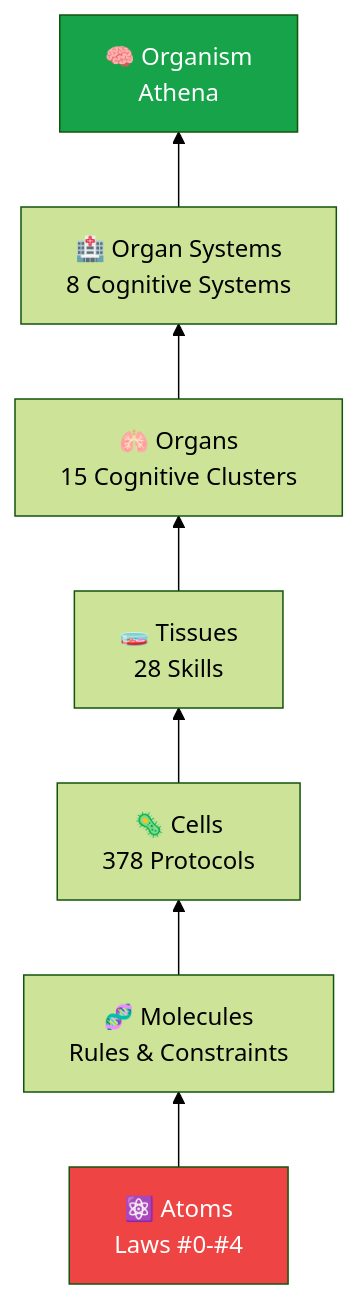
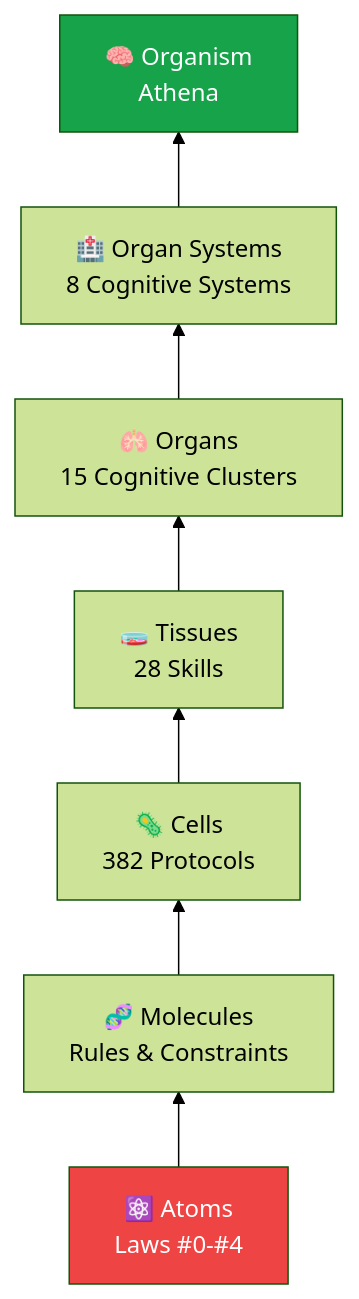
One commit to agent-memory-atlas-archive/winstonkoh87--Athena-Public changed the second of 9 diagrams in docs/ARCHITECTURE.md. Above: the diagram before and after it, drawn with Mermaid (forest theme). The commit also changed other lines of this file and 17 other files, not shown here.

First line of the commit message:
v9.8.4: GTO Metrics Sync + Architecture Audit

````diff
--- a/docs/ARCHITECTURE.md
+++ b/docs/ARCHITECTURE.md
@@ -181,12 +181,12 @@
 ```mermaid
 graph BT
     L1["⚛️ Atoms<br/>Laws #0-#4"] --> L2["🧬 Molecules<br/>Rules & Constraints"]
-    L2 --> L3["🦠 Cells<br/>378 Protocols"]
+    L2 --> L3["🦠 Cells<br/>382 Protocols"]
     L3 --> L4["🧫 Tissues<br/>28 Skills"]
     L4 --> L5["🫁 Organs<br/>15 Cognitive Clusters"]
     L5 --> L6["🏥 Organ Systems<br/>8 Cognitive Systems"]
     L6 --> L7["🧠 Organism<br/>Athena"]
 
     style L1 fill:#ef4444,color:#fff
     style L7 fill:#16a34a,color:#fff
 ```
````
